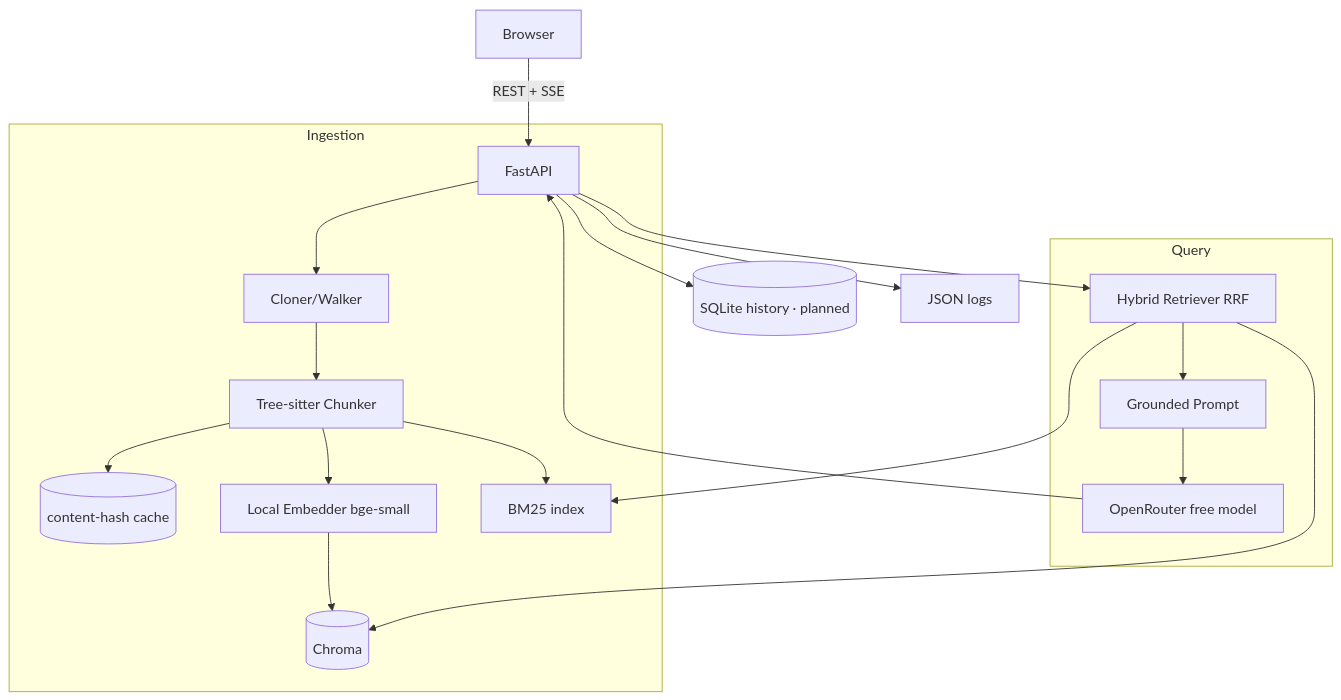
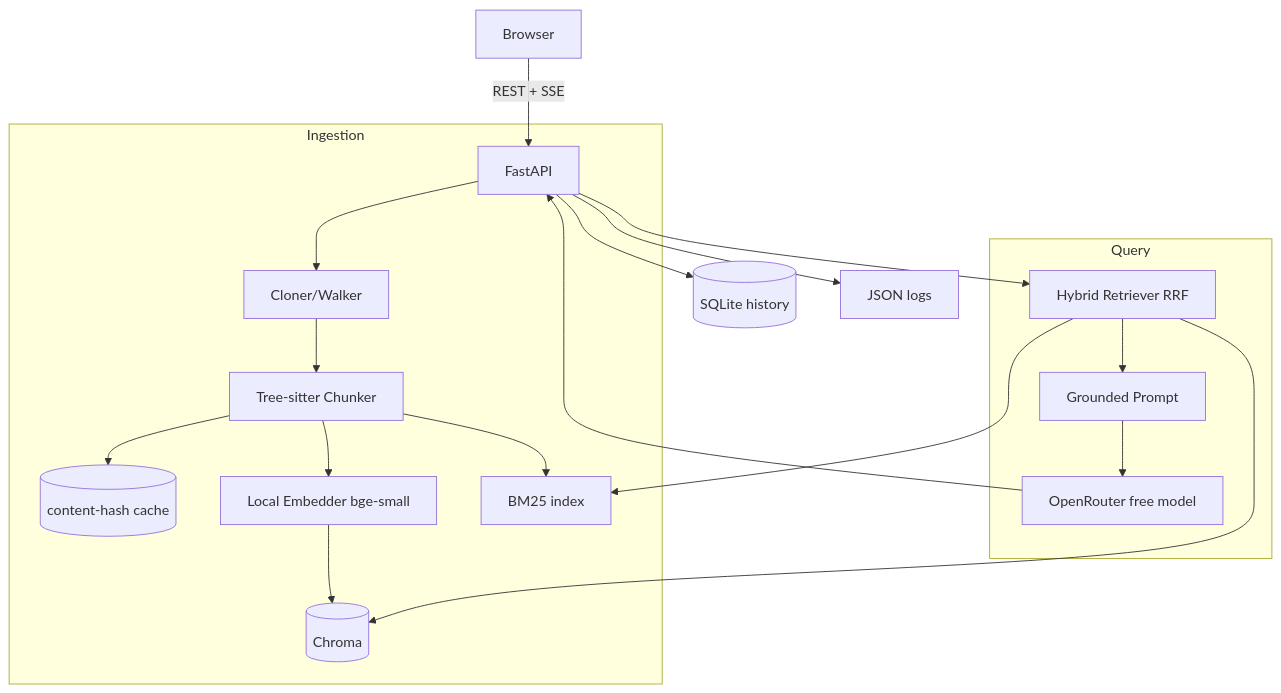
The first of 6 diagrams in docs/TECHNICAL_REPORT.md (Gauthambinoy20/Glyph), drawn with Mermaid before and after one commit. The commit also changed other lines of this file, not shown here.

````diff
--- a/docs/TECHNICAL_REPORT.md
+++ b/docs/TECHNICAL_REPORT.md
@@ -76,18 +76,18 @@
 ```mermaid
 graph TD
     U[Browser] -->|REST + SSE| API[FastAPI]
     subgraph Ingestion
       API --> CL[Cloner/Walker] --> CH[Tree-sitter Chunker]
       CH --> CACHE[(content-hash cache)]
       CH --> EM[Local Embedder bge-small] --> VDB[(Chroma)]
       CH --> BM[BM25 index]
     end
     subgraph Query
       API --> RET[Hybrid Retriever RRF] --> VDB
       RET --> BM
       RET --> PB[Grounded Prompt] --> LLM[OpenRouter free model]
       LLM --> API
     end
-    API --> DB[(SQLite history · planned)]
+    API --> DB[(SQLite history)]
     API --> LOG[JSON logs]
 ```
````
